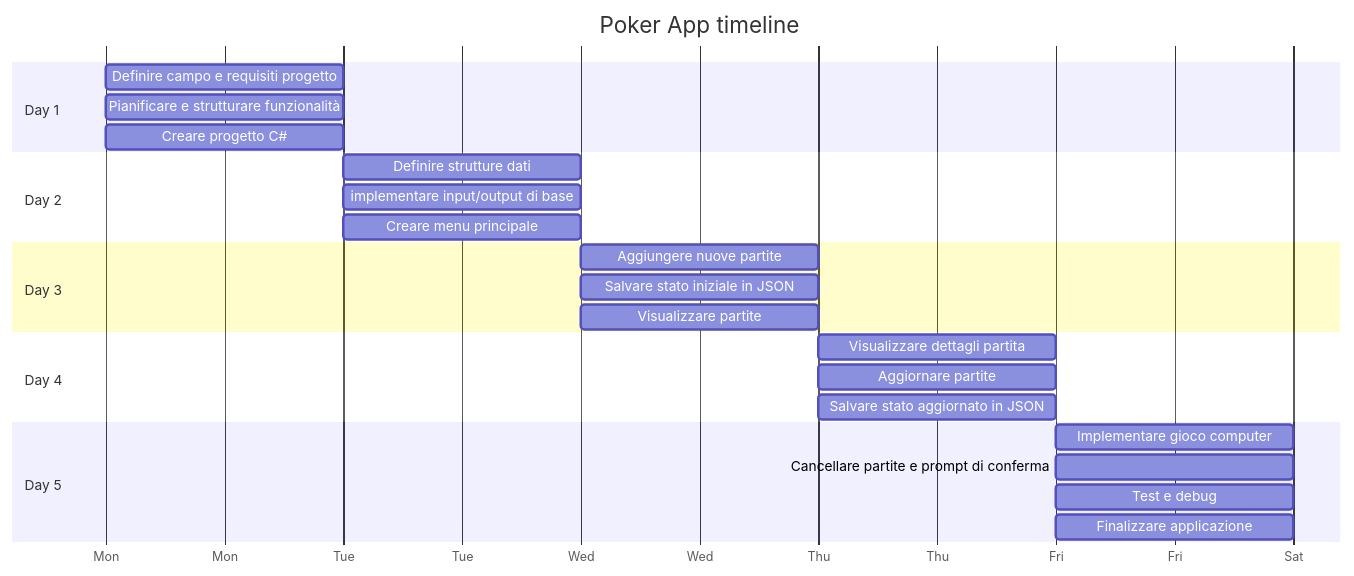
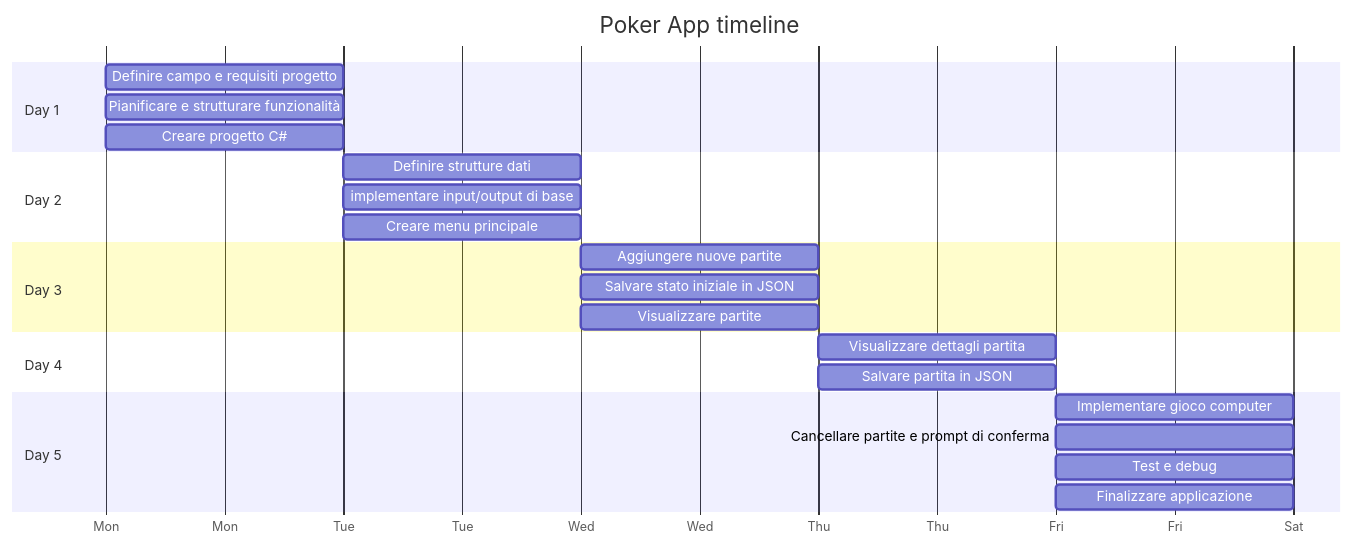
The first of 2 diagrams in esercitazioni/68-Poker-App/README.md (mtm90/corso_dev1), drawn with Mermaid before and after one commit. The commit also changed other lines of this file and 12 other files, not shown here.

````diff
--- a/esercitazioni/68-Poker-App/README.md
+++ b/esercitazioni/68-Poker-App/README.md
@@ -63,27 +62,26 @@
 ```mermaid
 gantt
     title Poker App timeline
     dateFormat  DDD DDDD
     axisFormat %a
     section Day 1
     Definire campo e requisiti progetto : 1.1, 1d
     Pianificare e strutturare funzionalità : 1.1, 1d
     Creare progetto C# : 1.1, 1d
     section Day 2
     Definire strutture dati : 1.2,  1d
     implementare input/output di base : 1.2, 1d
     Creare menu principale : 1.2, 1d
     section Day 3
     Aggiungere nuove partite : 1.3, 1d
     Salvare stato iniziale in JSON : 1.3, 1d
     Visualizzare partite : 1.3, 1d
     section Day 4
     Visualizzare dettagli partita : 1.4, 1d
-    Aggiornare partite : 1.4, 1d
-    Salvare stato aggiornato in JSON : 1.4, 1d
+    Salvare partita in JSON : 1.4, 1d
     section Day 5
     Implementare gioco computer : 1.5, 1d
     Cancellare partite e prompt di conferma : 1.5, 1d
     Test e debug : 1.5, 1d
     Finalizzare applicazione : 1.5, 1d
 ```
````
